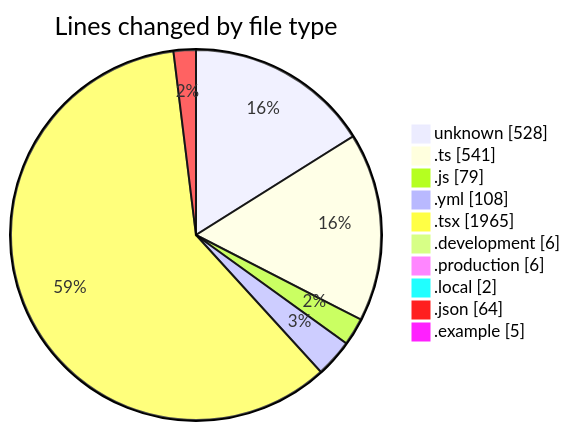
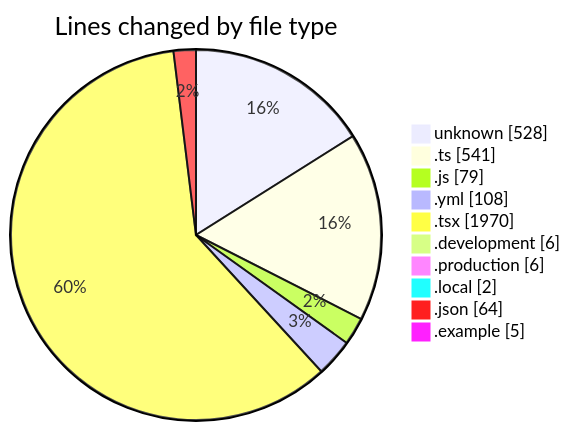
The first of 2 diagrams in 2025-05-17/niten/README.md (Elitesun/code-tracking), drawn with Mermaid before and after one commit. The commit also changed other lines of this file and 1 other file, not shown here.

````diff
--- a/2025-05-17/niten/README.md
+++ b/2025-05-17/niten/README.md
@@ -48,14 +48,14 @@
 ```mermaid
 pie showData
 title Lines changed by file type
 "unknown" : 528
 ".ts" : 541
 ".js" : 79
 ".yml" : 108
-".tsx" : 1965
+".tsx" : 1970
 ".development" : 6
 ".production" : 6
 ".local" : 2
 ".json" : 64
 ".example" : 5
 ```
````
